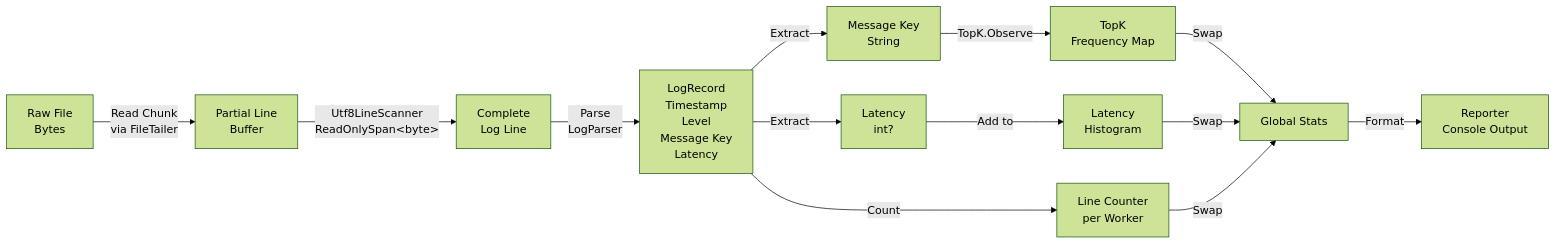
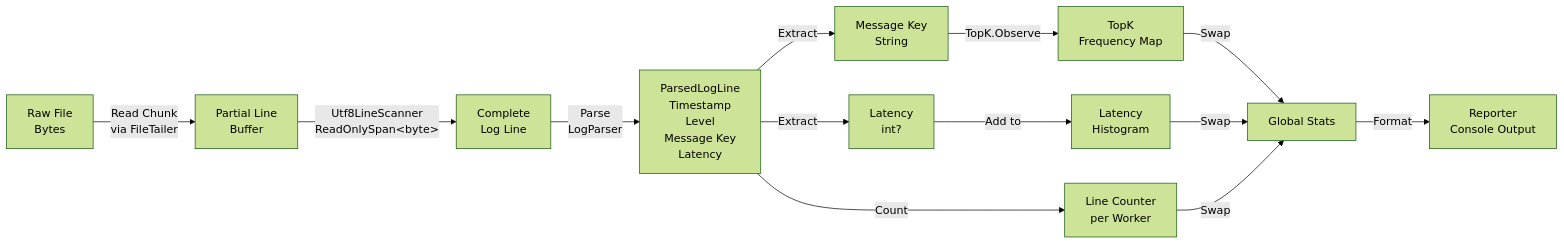
Before and after one commit to jvspeed74/LogWatcher: the sixth of 8 diagrams in docs/system_diagram.md, drawn with Mermaid (forest theme). The commit also changed other lines of this file and 21 other files, not shown here.

````diff
--- a/docs/system_diagram.md
+++ b/docs/system_diagram.md
@@ -258,18 +261,18 @@
 ```mermaid
 graph LR
     A["Raw File<br/>Bytes"] -->|Read Chunk<br/>via FileTailer| B["Partial Line<br/>Buffer"]
     B -->|Utf8LineScanner<br/>ReadOnlySpan&lt;byte&gt;| C["Complete<br/>Log Line"]
-    C -->|Parse<br/>LogParser| D["LogRecord<br/>Timestamp<br/>Level<br/>Message Key<br/>Latency"]
+    C -->|Parse<br/>LogParser| D["ParsedLogLine<br/>Timestamp<br/>Level<br/>Message Key<br/>Latency"]
     D -->|Extract| E["Message Key<br/>String"]
     D -->|Extract| F["Latency<br/>int?"]
     E -->|TopK.Observe| G["TopK<br/>Frequency Map"]
     F -->|Add to| H["Latency<br/>Histogram"]
     D -->|Count| I["Line Counter<br/>per Worker"]
     
     G -->|Swap| J["Global Stats"]
     H -->|Swap| J
     I -->|Swap| J
     
     J -->|Format| K["Reporter<br/>Console Output"]
     
 ```
````
